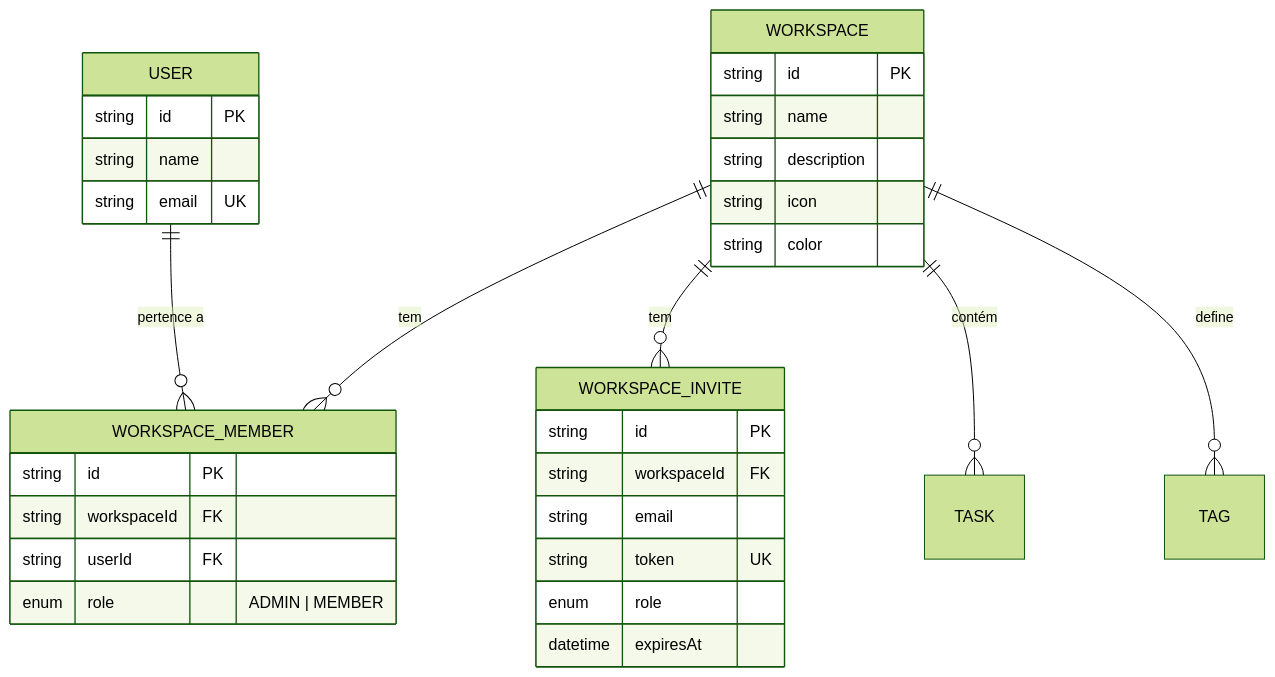
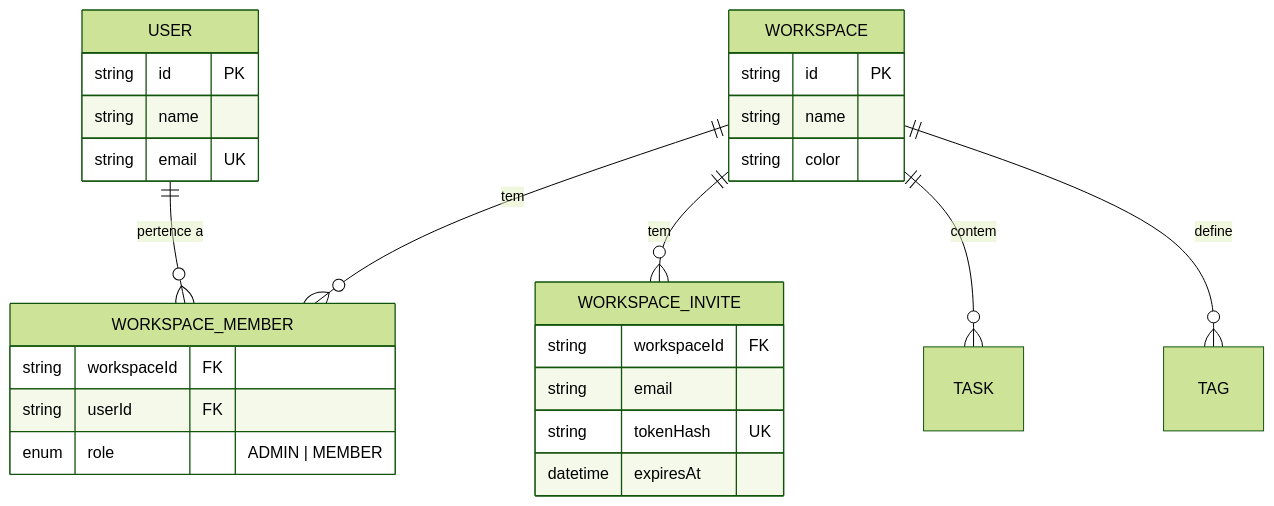
One commit to felipefontoura/spec-driven-development-book changed the eighth of 15 diagrams in BOOK.pt-BR.md. Above: the diagram before and after it, drawn with Mermaid (forest theme). The commit also changed other lines of this file and 4 other files, not shown here.

````diff
--- a/BOOK.pt-BR.md
+++ b/BOOK.pt-BR.md
@@ -1134,38 +1507,30 @@
 ```mermaid
 erDiagram
     USER ||--o{ WORKSPACE_MEMBER : "pertence a"
     WORKSPACE ||--o{ WORKSPACE_MEMBER : "tem"
     WORKSPACE ||--o{ WORKSPACE_INVITE : "tem"
-    WORKSPACE ||--o{ TASK : "contém"
+    WORKSPACE ||--o{ TASK : "contem"
     WORKSPACE ||--o{ TAG : "define"
 
     USER {
         string id PK
         string name
         string email UK
     }
-
     WORKSPACE {
         string id PK
         string name
-        string description
-        string icon
         string color
     }
-
     WORKSPACE_MEMBER {
-        string id PK
         string workspaceId FK
         string userId FK
         enum role "ADMIN | MEMBER"
     }
-
     WORKSPACE_INVITE {
-        string id PK
         string workspaceId FK
         string email
-        string token UK
-        enum role
+        string tokenHash UK
         datetime expiresAt
     }
 ```
````
